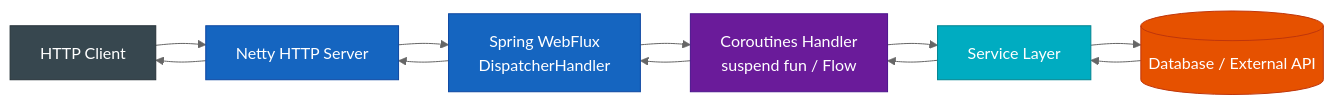
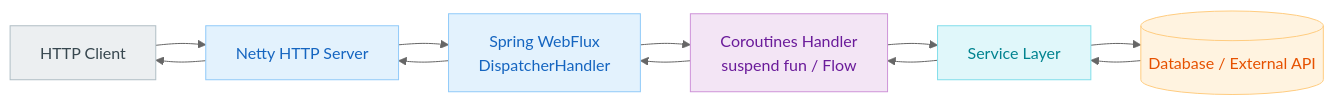
Before and after one commit to bluetape4k/bluetape4k-projects: the second of 4 diagrams in spring-boot4/core/README.md, drawn with Mermaid (neutral theme). The commit also changed other lines of this file and 219 other files, not shown here.

First line of the commit message:
docs: 전체 README Mermaid 다이어그램 가이드 적용

````diff
--- a/spring-boot4/core/README.md
+++ b/spring-boot4/core/README.md
@@ -219,25 +219,25 @@
 ```mermaid
 flowchart LR
     Client["HTTP Client"] --> Netty["Netty HTTP Server"]
     Netty --> WebFlux["Spring WebFlux<br/>DispatcherHandler"]
     WebFlux --> Handler["Coroutines Handler<br/>suspend fun / Flow"]
     Handler --> Service["Service Layer"]
     Service --> DB[("Database / External API")]
     DB --> Service
     Service --> Handler
     Handler --> WebFlux
     WebFlux --> Netty
     Netty --> Client
 
-    classDef clientStyle fill:#37474F,stroke:#263238,color:#FFFFFF
-    classDef serverStyle fill:#1565C0,stroke:#0D47A1,color:#FFFFFF
-    classDef handlerStyle fill:#6A1B9A,stroke:#4A148C,color:#FFFFFF
-    classDef serviceStyle fill:#00ACC1,stroke:#00838F,color:#FFFFFF
-    classDef dataStyle fill:#E65100,stroke:#BF360C,color:#FFFFFF
+    classDef clientStyle fill:#ECEFF1,stroke:#B0BEC5,color:#37474F
+    classDef serverStyle fill:#E3F2FD,stroke:#90CAF9,color:#1565C0
+    classDef handlerStyle fill:#F3E5F5,stroke:#CE93D8,color:#6A1B9A
+    classDef serviceStyle fill:#E0F7FA,stroke:#80DEEA,color:#00838F
+    classDef dataStyle fill:#FFF3E0,stroke:#FFCC80,color:#E65100
 
     class Client clientStyle
     class Netty,WebFlux serverStyle
     class Handler handlerStyle
     class Service serviceStyle
     class DB dataStyle
 ```
````
